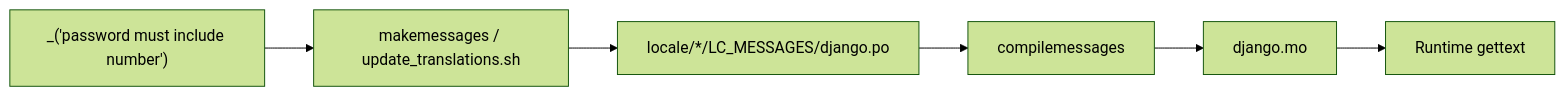
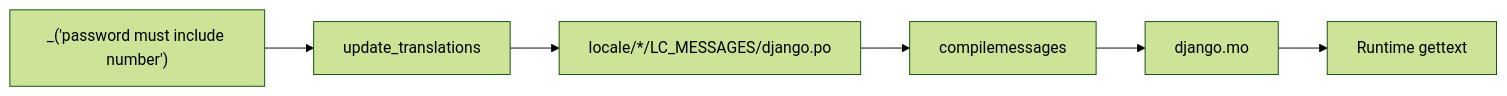
Before and after one commit to alidanial7/django-style-guide: the diagram in {{cookiecutter.project_name}}/docs/style-guide/ops/translations.md, drawn with Mermaid (forest theme). The commit also changed other lines of this file and 93 other files, not shown here.

````diff
--- a/{{cookiecutter.project_name}}/docs/style-guide/ops/translations.md
+++ b/{{cookiecutter.project_name}}/docs/style-guide/ops/translations.md
@@ -16,8 +16,8 @@
 ```mermaid
 flowchart LR
-    CODE["_('password must include number')"] --> MAKE[makemessages / update_translations.sh]
+    CODE["_('password must include number')"] --> MAKE[update_translations]
     MAKE --> PO["locale/*/LC_MESSAGES/django.po"]
     PO --> COMP[compilemessages]
     COMP --> MO["django.mo"]
     MO --> RUN[Runtime gettext]
 ```
````
